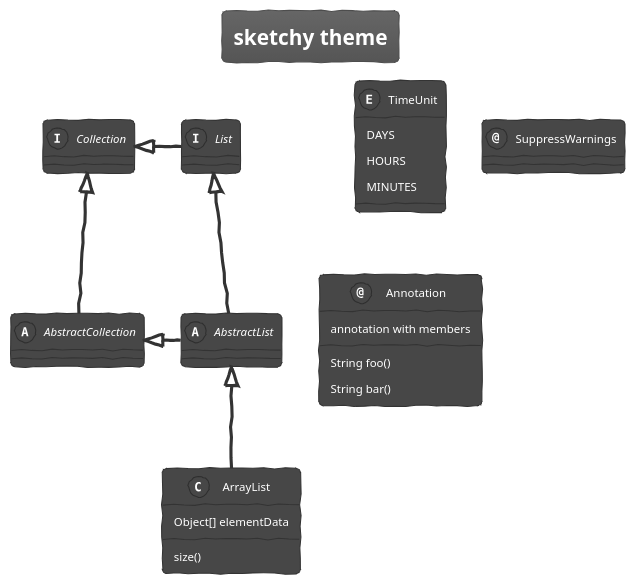
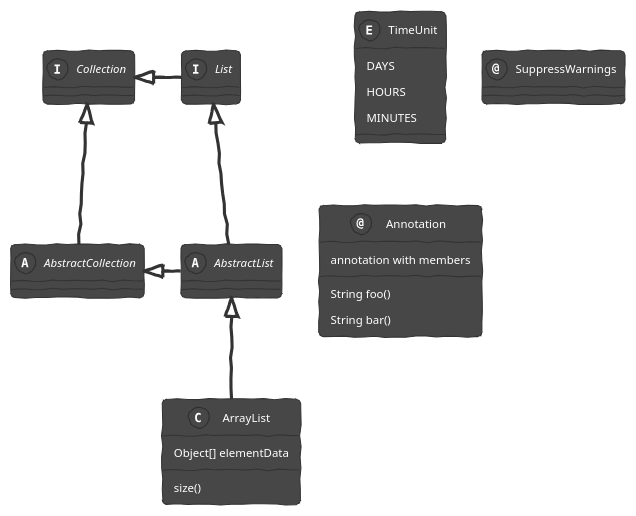
One commit to The-Lum/puml-themes-gallery changed the diagram in gallery/Class-Abstract-Interface-sketchy.puml. Above: the diagram before and after it, drawn with PlantUML. The commit also changed 1403 other files, not shown here.

```diff
--- a/gallery/Class-Abstract-Interface-sketchy.puml
+++ b/gallery/Class-Abstract-Interface-sketchy.puml
@@ -5,34 +5,33 @@
 @startuml
 !theme sketchy
-title sketchy theme
 abstract class AbstractList
 abstract AbstractCollection
 interface List
 interface Collection
 
 List <|-- AbstractList
 Collection <|-- AbstractCollection
 
 Collection <|- List
 AbstractCollection <|- AbstractList
 AbstractList <|-- ArrayList
 
 class ArrayList {
   Object[] elementData
   size()
 }
 
 enum TimeUnit {
   DAYS
   HOURS
   MINUTES
 }
 
 annotation SuppressWarnings
 
 annotation Annotation {
   annotation with members
   String foo()
   String bar()
 }
 @enduml
```
